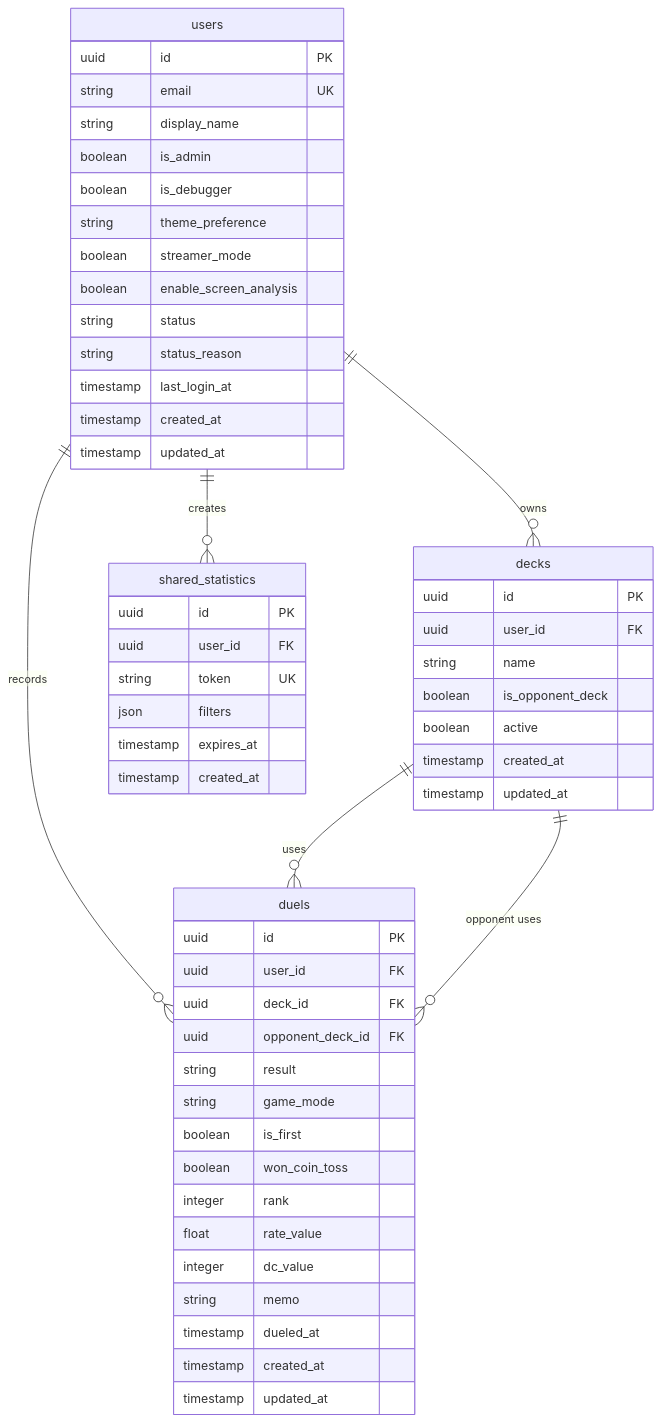
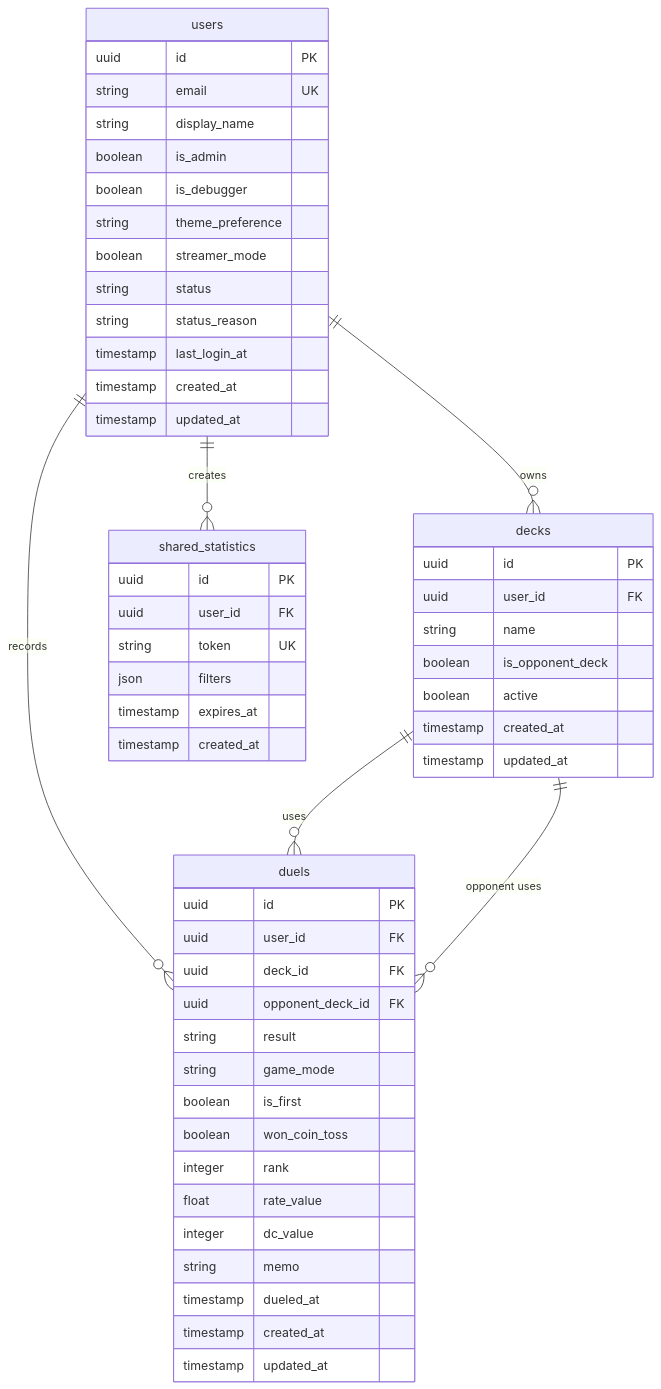
One commit to krtw00/duel-log-app changed the diagram in docs/03-details/data-model.md. Above: the diagram before and after it, drawn with Mermaid. The commit also changed other lines of this file and 15 other files, not shown here.

Commit message:
feat: update screen analysis hashing and remove screen analysis flag

````diff
--- a/docs/03-details/data-model.md
+++ b/docs/03-details/data-model.md
@@ -18,61 +18,60 @@
 ```mermaid
 erDiagram
     users ||--o{ decks : owns
     users ||--o{ duels : records
     decks ||--o{ duels : uses
     decks ||--o{ duels : "opponent uses"
     users ||--o{ shared_statistics : creates
 
     users {
         uuid id PK
         string email UK
         string display_name
         boolean is_admin
         boolean is_debugger
         string theme_preference
         boolean streamer_mode
-        boolean enable_screen_analysis
         string status
         string status_reason
         timestamp last_login_at
         timestamp created_at
         timestamp updated_at
     }
 
     decks {
         uuid id PK
         uuid user_id FK
         string name
         boolean is_opponent_deck
         boolean active
         timestamp created_at
         timestamp updated_at
     }
 
     duels {
         uuid id PK
         uuid user_id FK
         uuid deck_id FK
         uuid opponent_deck_id FK
         string result
         string game_mode
         boolean is_first
         boolean won_coin_toss
         integer rank
         float rate_value
         integer dc_value
         string memo
         timestamp dueled_at
         timestamp created_at
         timestamp updated_at
     }
 
     shared_statistics {
         uuid id PK
         uuid user_id FK
         string token UK
         json filters
         timestamp expires_at
         timestamp created_at
     }
 ```
````
